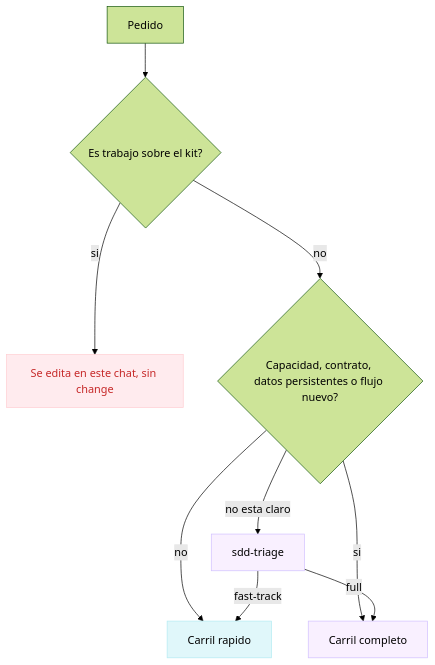
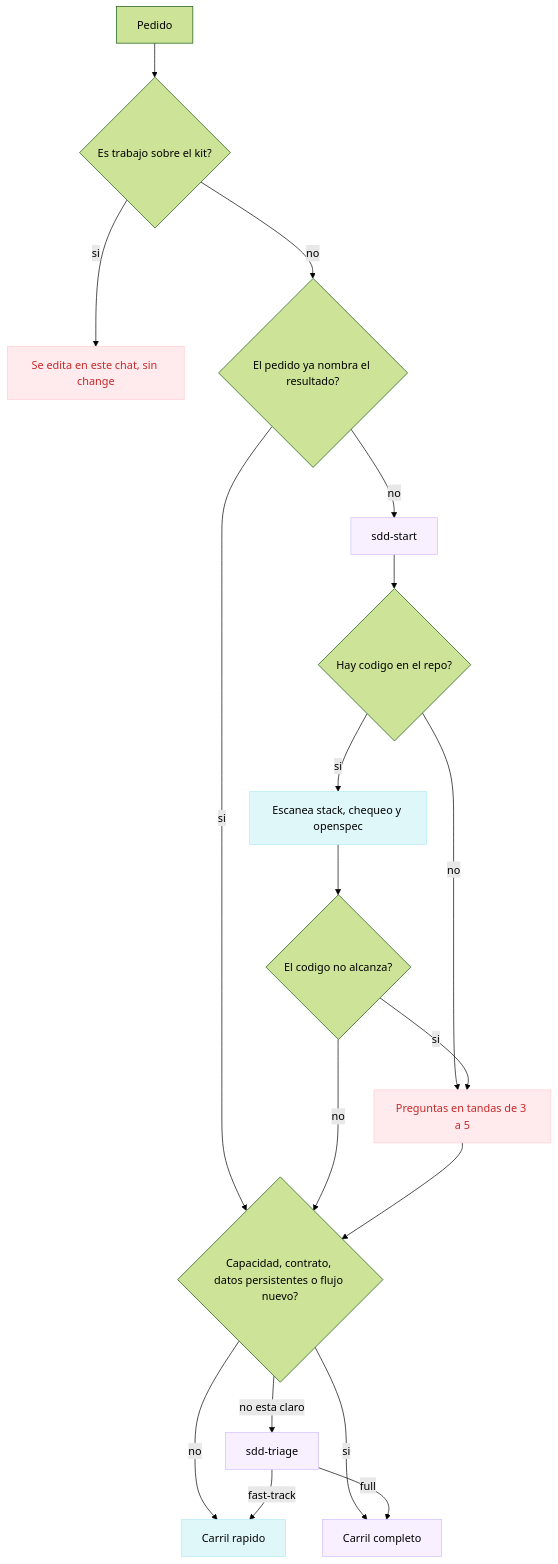
Before and after one commit to Joelnicolass/orchestrator-agents-development: the first of 4 diagrams in README.md, drawn with Mermaid (forest theme). The commit also changed other lines of this file and 4 other files, not shown here.

First line of the commit message:
Enhance README and introduce sdd-start command for project initiation

````diff
--- a/README.md
+++ b/README.md
@@ -58,19 +58,28 @@
 ```mermaid
 flowchart TD
   classDef human fill:#ffebee,stroke:#ffcdd2,color:#c62828
   classDef fast fill:#e0f7fa,stroke:#b2ebf2
   classDef full fill:#f9f0ff,stroke:#d0bfff
 
   pedido[Pedido] --> kit{Es trabajo sobre el kit?}
   kit -->|si| directo[Se edita en este chat, sin change]
-  kit -->|no| tipo{Capacidad, contrato, datos persistentes o flujo nuevo?}
+  kit -->|no| claro{El pedido ya nombra el resultado?}
+  claro -->|no| start[sdd-start]
+  claro -->|si| tipo{Capacidad, contrato, datos persistentes o flujo nuevo?}
+  start --> modo{Hay codigo en el repo?}
+  modo -->|si| scan[Escanea stack, chequeo y openspec]
+  modo -->|no| preguntas[Preguntas en tandas de 3 a 5]
+  scan --> falta{El codigo no alcanza?}
+  falta -->|si| preguntas
+  falta -->|no| tipo
+  preguntas --> tipo
   tipo -->|no| rapido[Carril rapido]
   tipo -->|si| completo[Carril completo]
   tipo -->|no esta claro| triage[sdd-triage]
   triage -->|fast-track| rapido
   triage -->|full| completo
 
-  class directo human
-  class rapido fast
-  class completo,triage full
+  class directo,preguntas human
+  class rapido,scan fast
+  class completo,triage,start full
 ```
````
